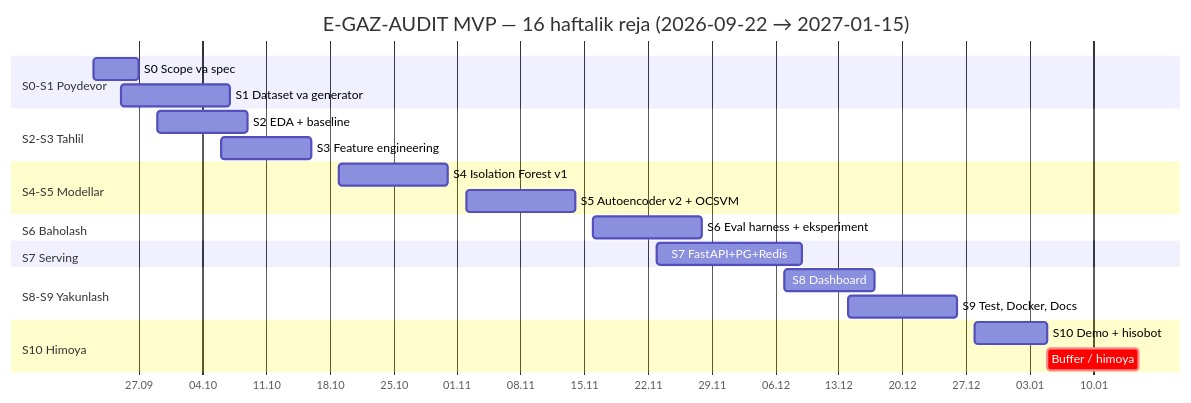
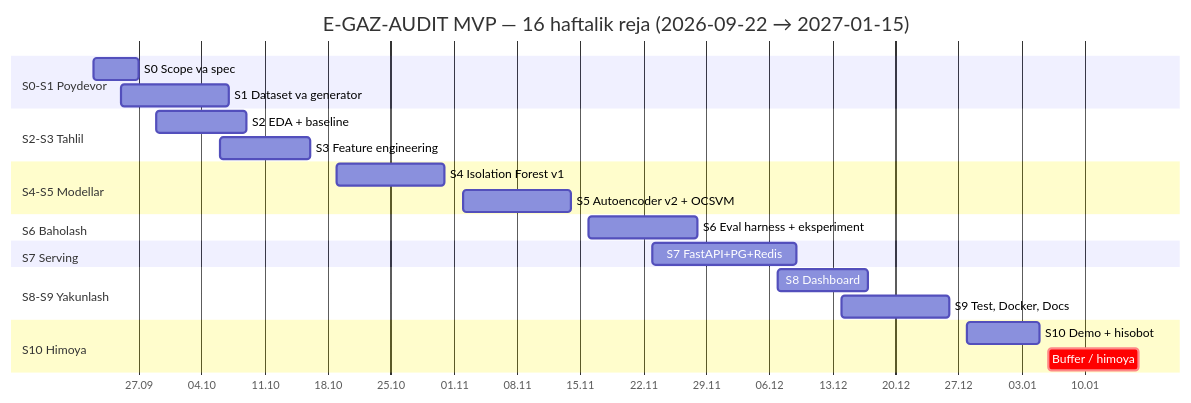
Before and after one commit to jasur-ai/minds: the third of 3 diagrams in 22-ShaxsiyTadqiqot/Loyihalar/Loyiha1-CarbonEmission/TZ-Anomaliya-Monitoring.md, drawn with Mermaid. The commit also changed other lines of this file and 7 other files, not shown here.

````diff
--- a/22-ShaxsiyTadqiqot/Loyihalar/Loyiha1-CarbonEmission/TZ-Anomaliya-Monitoring.md
+++ b/22-ShaxsiyTadqiqot/Loyihalar/Loyiha1-CarbonEmission/TZ-Anomaliya-Monitoring.md
@@ -556,32 +574,32 @@
 ```mermaid
 gantt
     title E-GAZ-AUDIT MVP — 16 haftalik reja (2026-09-22 → 2027-01-15)
     dateFormat YYYY-MM-DD
     axisFormat %d.%m
 
     section S0-S1 Poydevor
     S0 Scope va spec           :s0, 2026-09-22, 5d
     S1 Dataset va generator      :s1, 2026-09-25, 12d
 
     section S2-S3 Tahlil
     S2 EDA + baseline           :s2, 2026-09-29, 10d
     S3 Feature engineering      :s3, 2026-10-06, 10d
 
     section S4-S5 Modellar
     S4 Isolation Forest v1      :s4, 2026-10-19, 12d
     S5 Autoencoder v2 + OCSVM   :s5, 2026-11-02, 12d
 
     section S6 Baholash
     S6 Eval harness + eksperiment :s6, 2026-11-16, 12d
 
     section S7 Serving
     S7 FastAPI+PG+Redis         :s7, 2026-11-23, 16d
 
     section S8-S9 Yakunlash
     S8 Dashboard                :s8, 2026-12-07, 10d
     S9 Test, Docker, Docs       :s9, 2026-12-14, 12d
 
     section S10 Himoya
     S10 Demo + hisobot          :s10, 2026-12-28, 8d
-    Buffer / himoya             :crit, 2027-01-05, 10d
+    Buffer / himoya             :crit, 2027-01-06, 10d
 ```
````
